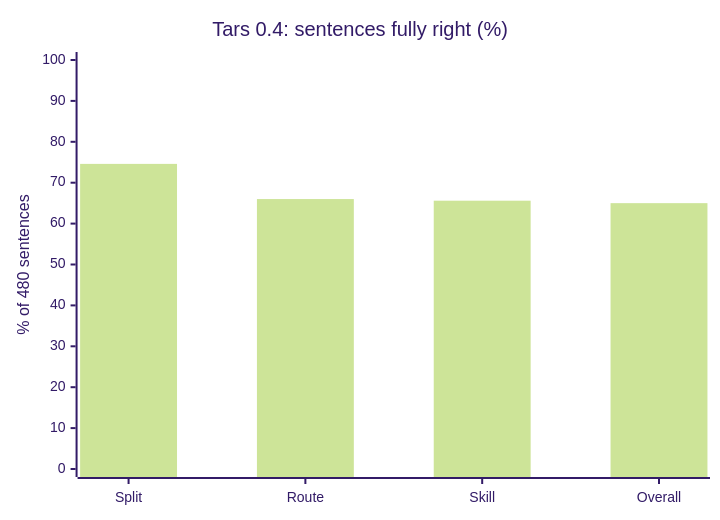
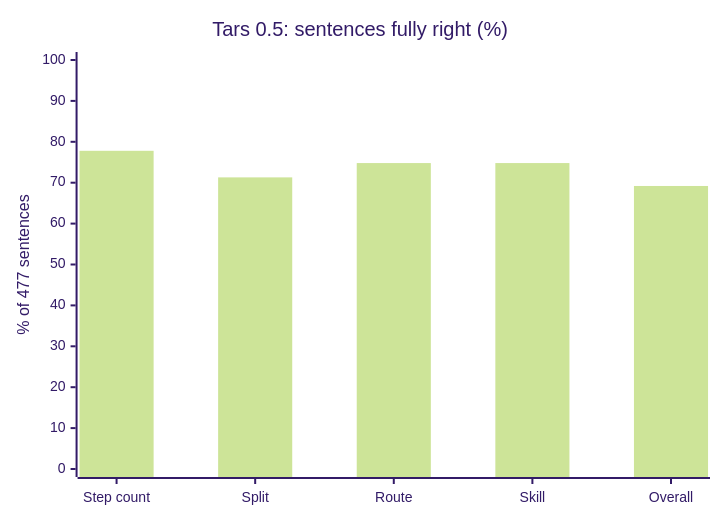
One commit to andrewneuwirth/Tars changed the second of 4 diagrams in README.md. Above: the diagram before and after it, drawn with Mermaid (forest theme). The commit also changed other lines of this file and 10 other files, not shown here.

````diff
--- a/README.md
+++ b/README.md
@@ -76,7 +78,7 @@
 ```mermaid
 xychart-beta
-    title "Tars 0.4: sentences fully right (%)"
-    x-axis ["Split", "Route", "Skill", "Overall"]
-    y-axis "% of 480 sentences" 0 --> 100
-    bar [74.6, 66.0, 65.6, 65.0]
+    title "Tars 0.5: sentences fully right (%)"
+    x-axis ["Step count", "Split", "Route", "Skill", "Overall"]
+    y-axis "% of 477 sentences" 0 --> 100
+    bar [77.8, 71.3, 74.8, 74.8, 69.2]
 ```
````
